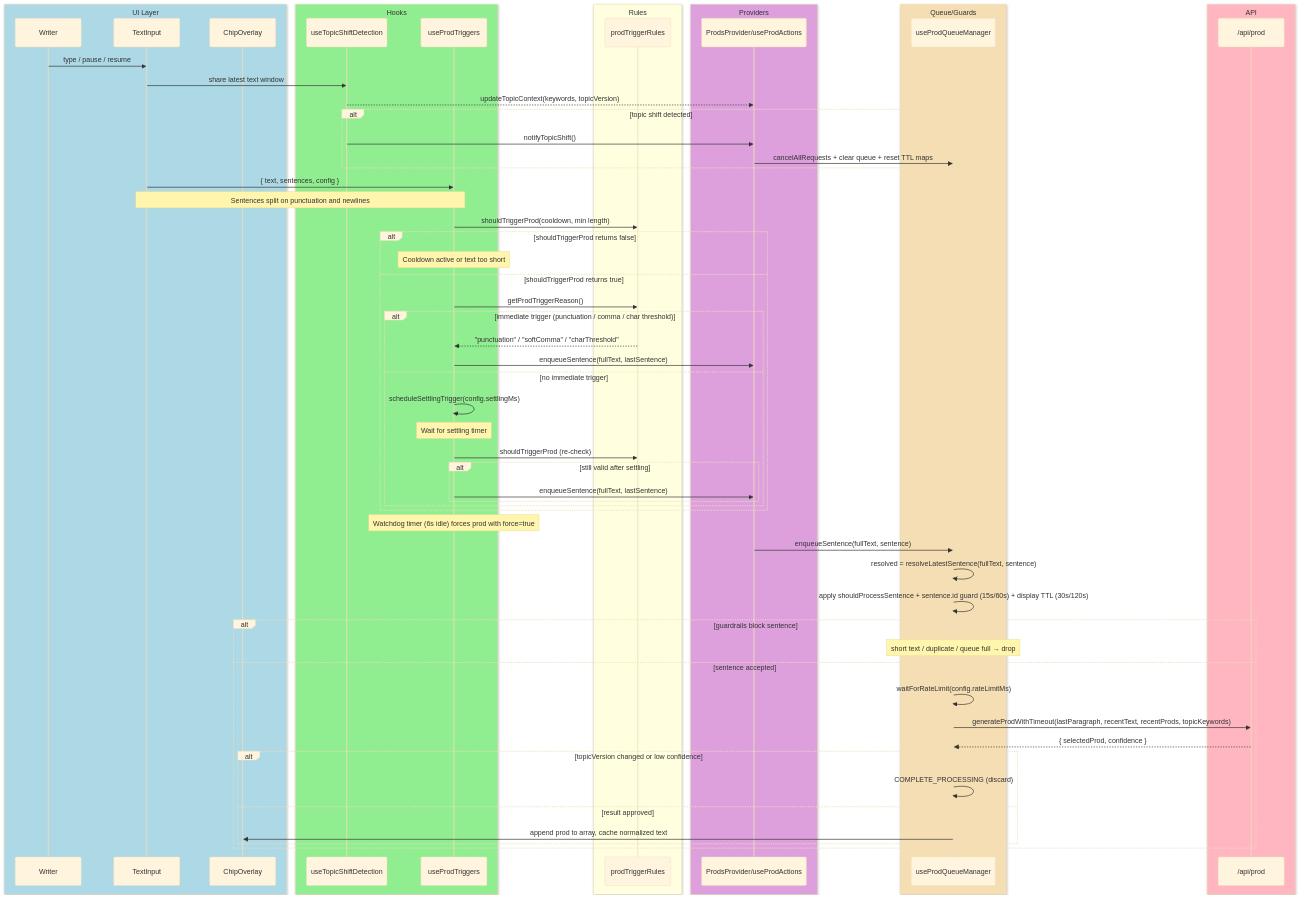
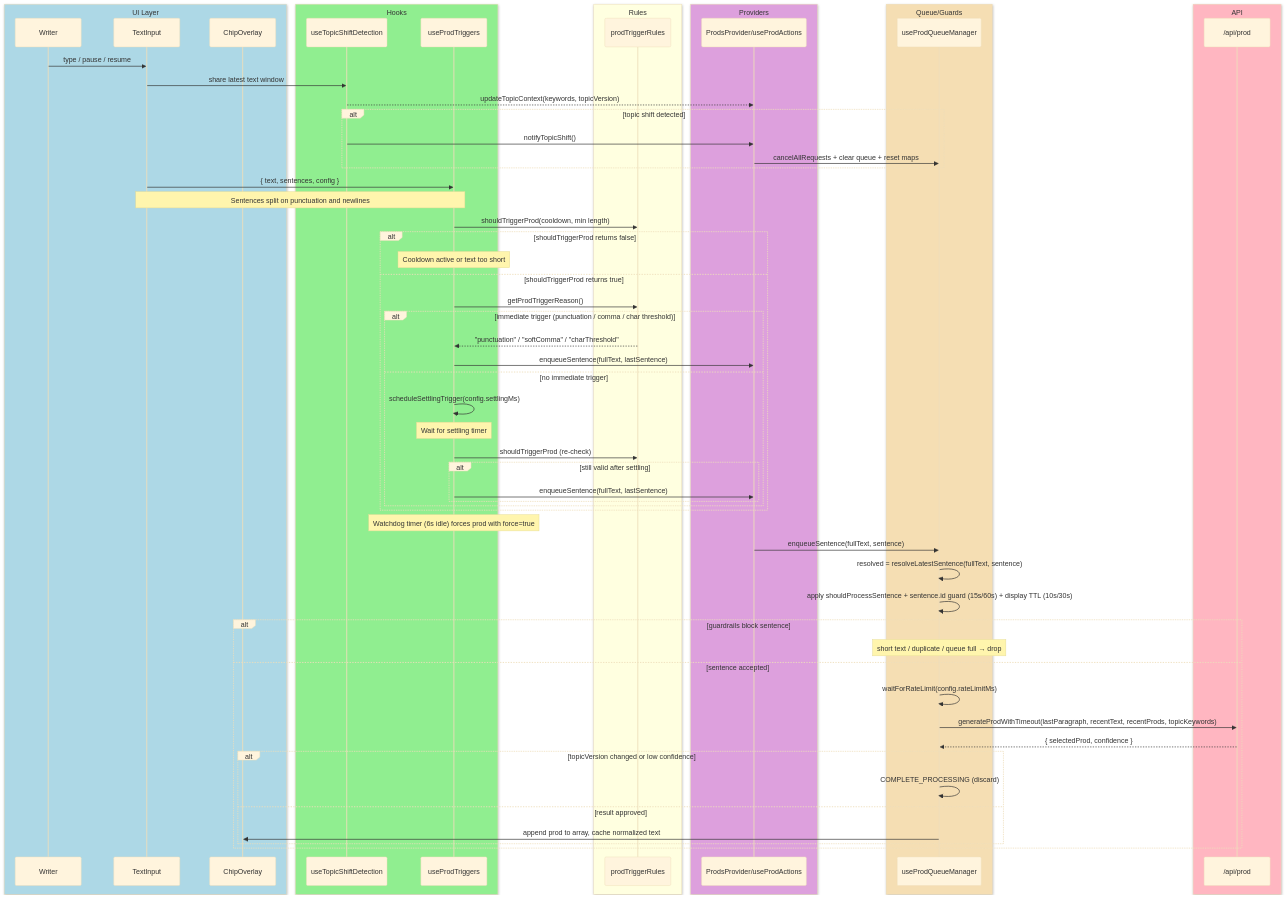
One commit to andreicstoica/refract changed the diagram in docs/diagrams/prod-triggers.mmd. Above: the diagram before and after it, drawn with Mermaid (base theme). The commit also changed 4 other files, not shown here.

```diff
--- a/docs/diagrams/prod-triggers.mmd
+++ b/docs/diagrams/prod-triggers.mmd
@@ -1,76 +1,76 @@
 sequenceDiagram
   box lightblue UI Layer
     participant Writer
     participant TextInput
     participant Chips as ChipOverlay
   end
   box lightgreen Hooks
     participant Topic as useTopicShiftDetection
     participant Triggers as useProdTriggers
   end
   box lightyellow Rules
     participant Rules as prodTriggerRules
   end
   box plum Providers
     participant Actions as ProdsProvider/useProdActions
   end
   box wheat Queue/Guards
     participant Guards as useProdQueueManager
   end
   box lightpink API
     participant API as /api/prod
   end
 
   Writer->>TextInput: type / pause / resume
   TextInput->>Topic: share latest text window
   
   Topic-->>Actions: updateTopicContext(keywords, topicVersion)
   
   alt topic shift detected
     Topic->>Actions: notifyTopicShift()
-    Actions->>Guards: cancelAllRequests + clear queue + reset TTL maps
+    Actions->>Guards: cancelAllRequests + clear queue + reset maps
   end
   
   TextInput->>Triggers: { text, sentences, config }
   Note over TextInput,Triggers: Sentences split on punctuation and newlines
   
   Triggers->>Rules: shouldTriggerProd(cooldown, min length)
   
   alt shouldTriggerProd returns false
     Note over Triggers: Cooldown active or text too short
   else shouldTriggerProd returns true
     Triggers->>Rules: getProdTriggerReason()
     
     alt immediate trigger (punctuation / comma / char threshold)
       Rules-->>Triggers: "punctuation" / "softComma" / "charThreshold"
       Triggers->>Actions: enqueueSentence(fullText, lastSentence)
     else no immediate trigger
       Triggers->>Triggers: scheduleSettlingTrigger(config.settlingMs)
       Note over Triggers: Wait for settling timer
       Triggers->>Rules: shouldTriggerProd (re-check)
       alt still valid after settling
         Triggers->>Actions: enqueueSentence(fullText, lastSentence)
       end
     end
   end
   
   Note over Triggers: Watchdog timer (6s idle) forces prod with force=true
   
   Actions->>Guards: enqueueSentence(fullText, sentence)
   
   Guards->>Guards: resolved = resolveLatestSentence(fullText, sentence)
-  Guards->>Guards: apply shouldProcessSentence + sentence.id guard (15s/60s) + display TTL (30s/120s)
+  Guards->>Guards: apply shouldProcessSentence + sentence.id guard (15s/60s) + display TTL (10s/30s)
   
   alt guardrails block sentence
     Note over Guards: short text / duplicate / queue full → drop
   else sentence accepted
     Guards->>Guards: waitForRateLimit(config.rateLimitMs)
     Guards->>API: generateProdWithTimeout(lastParagraph, recentText, recentProds, topicKeywords)
     API-->>Guards: { selectedProd, confidence }
     
     alt topicVersion changed or low confidence
       Guards->>Guards: COMPLETE_PROCESSING (discard)
     else result approved
       Guards->>Chips: append prod to array, cache normalized text
     end
   end
```
